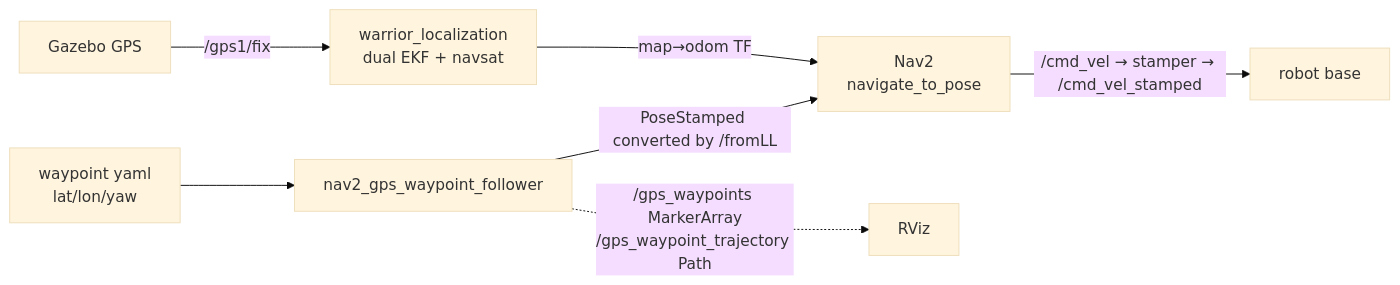
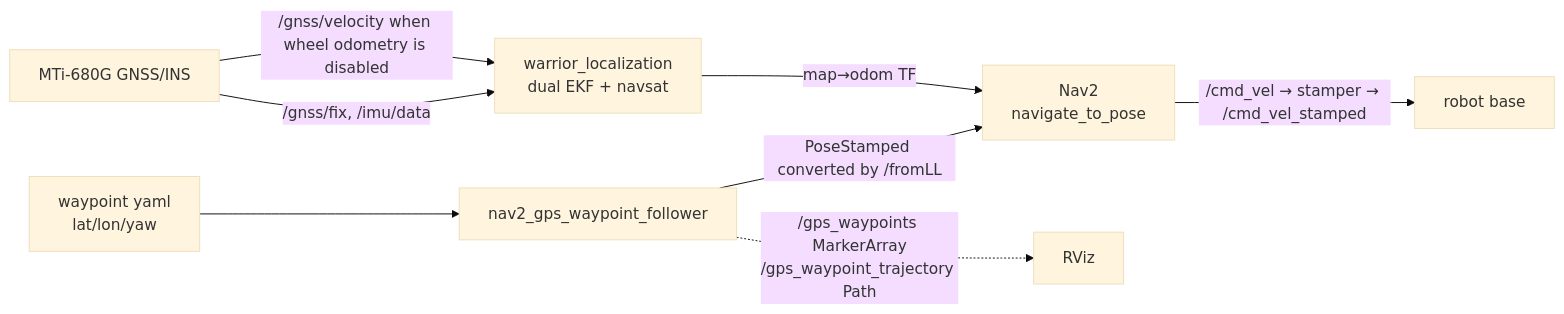
The diagram in warrior_navigation/README.md (waynerobotics/Warrior_2026), drawn with Mermaid (base theme) before and after one commit. The commit also changed other lines of this file and 36 other files, not shown here.

Commit message:
Add MTi-680G simulation and optional wheel odometry

````diff
--- a/warrior_navigation/README.md
+++ b/warrior_navigation/README.md
@@ -90,9 +97,10 @@
 ```mermaid
 flowchart LR
     YAML[waypoint yaml<br/>lat/lon/yaw] --> WF[nav2_gps_waypoint_follower]
     WF -->|PoseStamped converted by /fromLL| N2[Nav2<br/>navigate_to_pose]
     N2 -->|/cmd_vel → stamper → /cmd_vel_stamped| BASE[robot base]
     LOC[warrior_localization<br/>dual EKF + navsat] -->|map→odom TF| N2
-    GPS[Gazebo GPS] -->|/gps1/fix| LOC
+    GPS[MTi-680G GNSS/INS] -->|/gnss/fix, /imu/data| LOC
+    GPS -->|/gnss/velocity when wheel odometry is disabled| LOC
     WF -.->|/gps_waypoints MarkerArray<br/>/gps_waypoint_trajectory Path| RVIZ[RViz]
 ```
````
